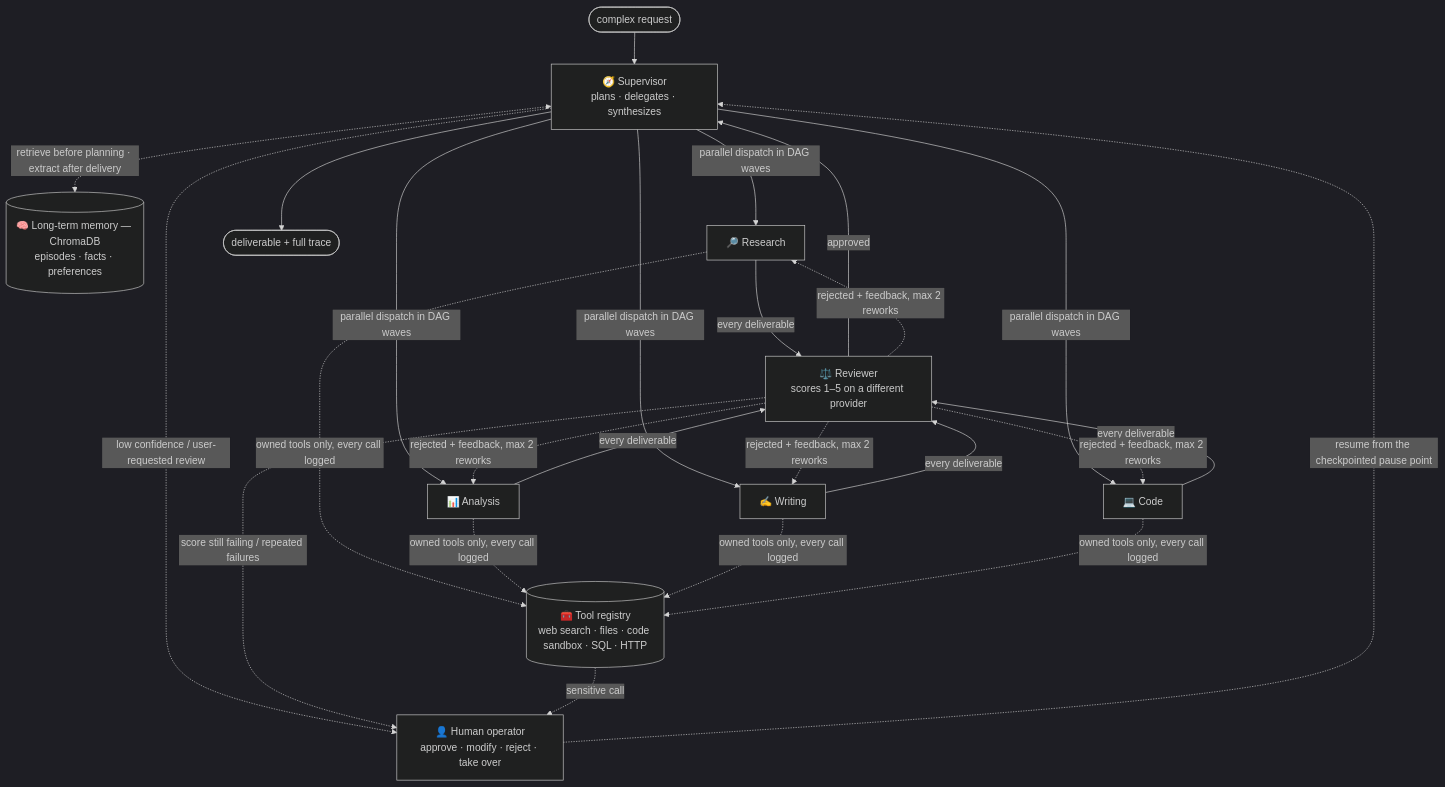
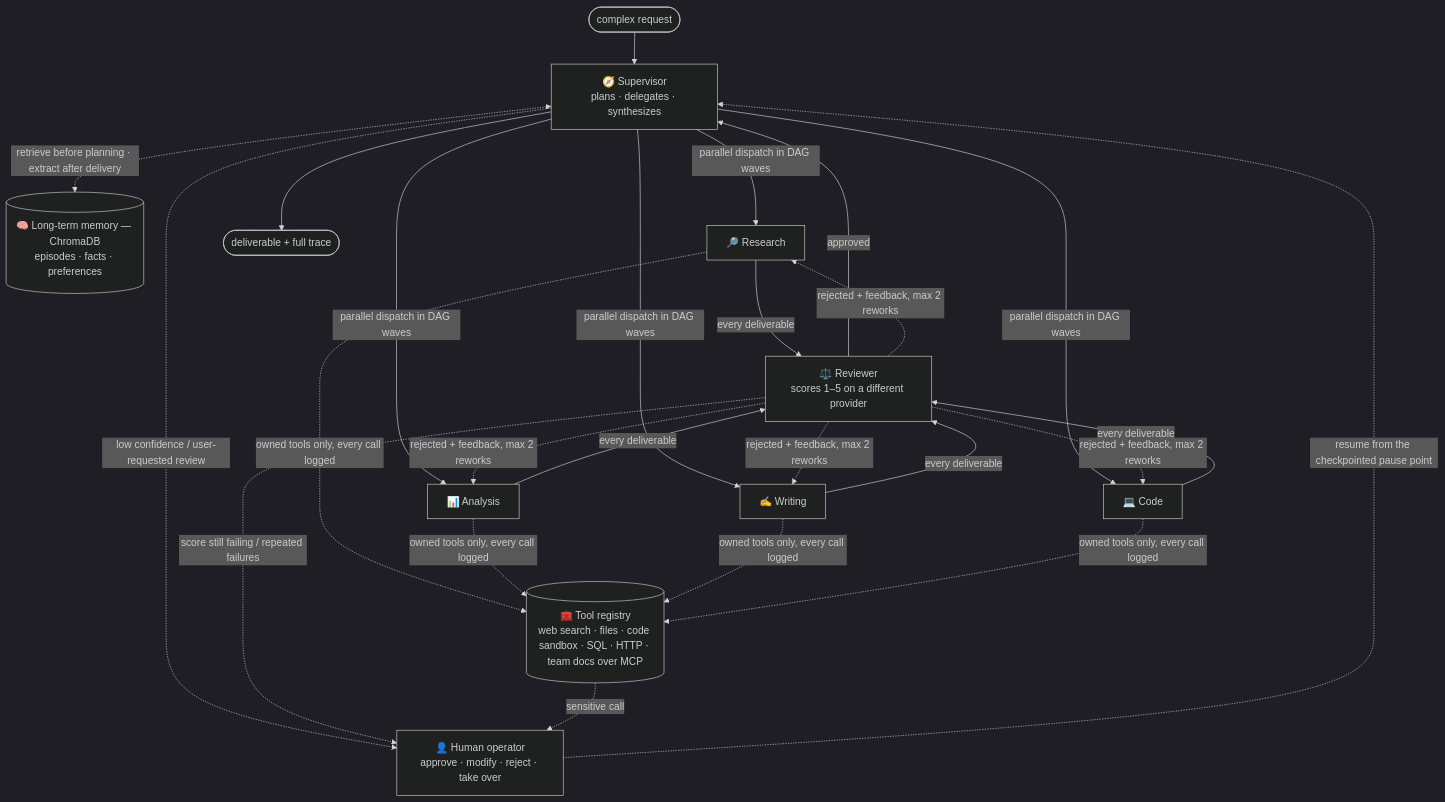
One commit to AlirezaAbedinii/groundwork-agents changed the first of 2 diagrams in services/agent/README.md. Above: the diagram before and after it, drawn with Mermaid (dark theme). The commit also changed other lines of this file and 5 other files, not shown here.

````diff
--- a/services/agent/README.md
+++ b/services/agent/README.md
@@ -9,30 +9,30 @@
 ```mermaid
 flowchart TD
     USER([complex request]) --> SUP
 
     SUP["🧭 Supervisor<br/>plans · delegates · synthesizes"]
     MEM[("🧠 Long-term memory — ChromaDB<br/>episodes · facts · preferences")]
     SUP <-.->|retrieve before planning · extract after delivery| MEM
 
     SUP -->|parallel dispatch in DAG waves| R & A & W & C
     R["🔎 Research"]
     A["📊 Analysis"]
     W["✍️ Writing"]
     C["💻 Code"]
 
-    TOOLS[("🧰 Tool registry<br/>web search · files · code sandbox · SQL · HTTP")]
+    TOOLS[("🧰 Tool registry<br/>web search · files · code sandbox · SQL · HTTP · team docs over MCP")]
     R & A & W & C -.->|owned tools only, every call logged| TOOLS
 
     R & A & W & C -->|every deliverable| REV
     REV["⚖️ Reviewer<br/>scores 1–5 on a different provider"]
     REV -->|approved| SUP
     REV -.->|rejected + feedback, max 2 reworks| R & A & W & C
 
     HUMAN["👤 Human operator<br/>approve · modify · reject · take over"]
     SUP -.->|low confidence / user-requested review| HUMAN
     REV -.->|score still failing / repeated failures| HUMAN
     TOOLS -.->|sensitive call| HUMAN
     HUMAN -.->|resume from the checkpointed pause point| SUP
 
     SUP --> FINAL([deliverable + full trace])
 ```
````
